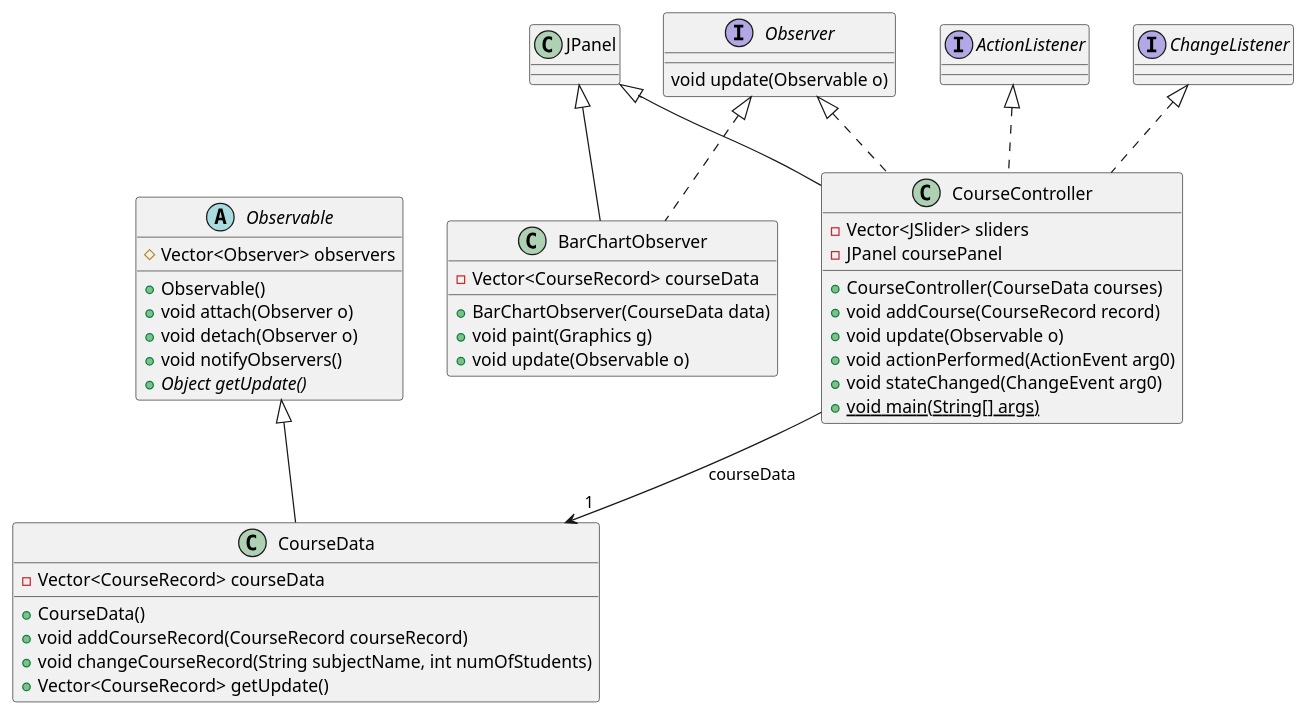
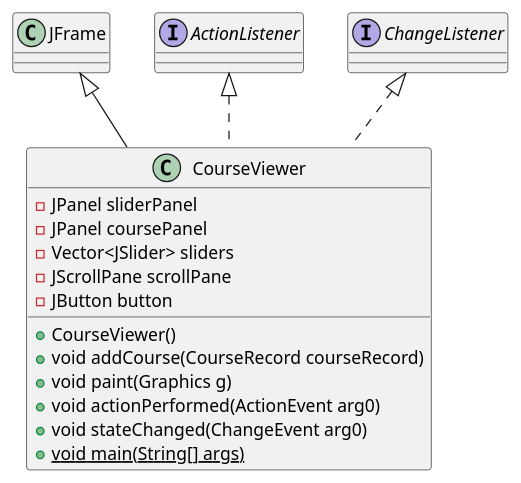
The diagram in docs/tp5.plantuml (IUT-Blagnac/cpoa-tp5-remi-grimal), drawn with PlantUML before and after one commit. The commit also changed 2 other files, not shown here.

Commit message:
fix #1.1: Add Class Diagrams

```diff
--- a/docs/tp5.plantuml
+++ b/docs/tp5.plantuml
@@ -1,60 +1,24 @@
-	@startuml
-class CourseData [[java:observer.pattern.CourseData]] {
-	-Vector<CourseRecord> courseData
-	+CourseData()
-	+void addCourseRecord(CourseRecord courseRecord)
-	+void changeCourseRecord(String subjectName, int numOfStudents)
-	+Vector<CourseRecord> getUpdate()
-}
-class Observable [[java:observer.pattern.Observable]] {
-}
-Observable <|-- CourseData
-abstract class Observable [[java:observer.pattern.Observable]] {
-	#Vector<Observer> observers
-	+Observable()
-	+void attach(Observer o)
-	+void detach(Observer o)
-	+void notifyObservers()
-	+{abstract}Object getUpdate()
-}
-interface Observer [[java:observer.pattern.Observer]] {
-	void update(Observable o)
-}
-class BarChartObserver [[java:observer.pattern.BarChartObserver]] {
-	-Vector<CourseRecord> courseData
-	+BarChartObserver(CourseData data)
+@startuml
+class CourseViewer [[java:observer.nonpattern.CourseViewer]] {
+	-JPanel sliderPanel
+	-JPanel coursePanel
+	-Vector<JSlider> sliders
+	-JScrollPane scrollPane
+	-JButton button
+	+CourseViewer()
+	+void addCourse(CourseRecord courseRecord)
 	+void paint(Graphics g)
-	+void update(Observable o)
-}
-class JPanel {
-}
-JPanel <|-- BarChartObserver
-interface Observer [[java:observer.pattern.Observer]] {
-}
-Observer <|.. BarChartObserver
-class CourseController [[java:observer.pattern.CourseController]] {
-	-Vector<JSlider> sliders
-	-JPanel coursePanel
-	+CourseController(CourseData courses)
-	+void addCourse(CourseRecord record)
-	+void update(Observable o)
 	+void actionPerformed(ActionEvent arg0)
 	+void stateChanged(ChangeEvent arg0)
 	+{static}void main(String[] args)
 }
-class CourseData [[java:observer.pattern.CourseData]] {
+class JFrame [[java:javax.swing.JFrame]] {
 }
-CourseController --> "1" CourseData : courseData
-class JPanel {
+JFrame <|-- CourseViewer
+interface ActionListener [[java:java.awt.event.ActionListener]] {
 }
-JPanel <|-- CourseController
-interface Observer [[java:observer.pattern.Observer]] {
+ActionListener <|.. CourseViewer
+interface ChangeListener [[java:javax.swing.event.ChangeListener]] {
 }
-Observer <|.. CourseController
-interface ChangeListener {
-}
-ChangeListener <|.. CourseController
-interface ActionListener {
-}
-ActionListener <|.. CourseController
+ChangeListener <|.. CourseViewer
 @enduml
```
